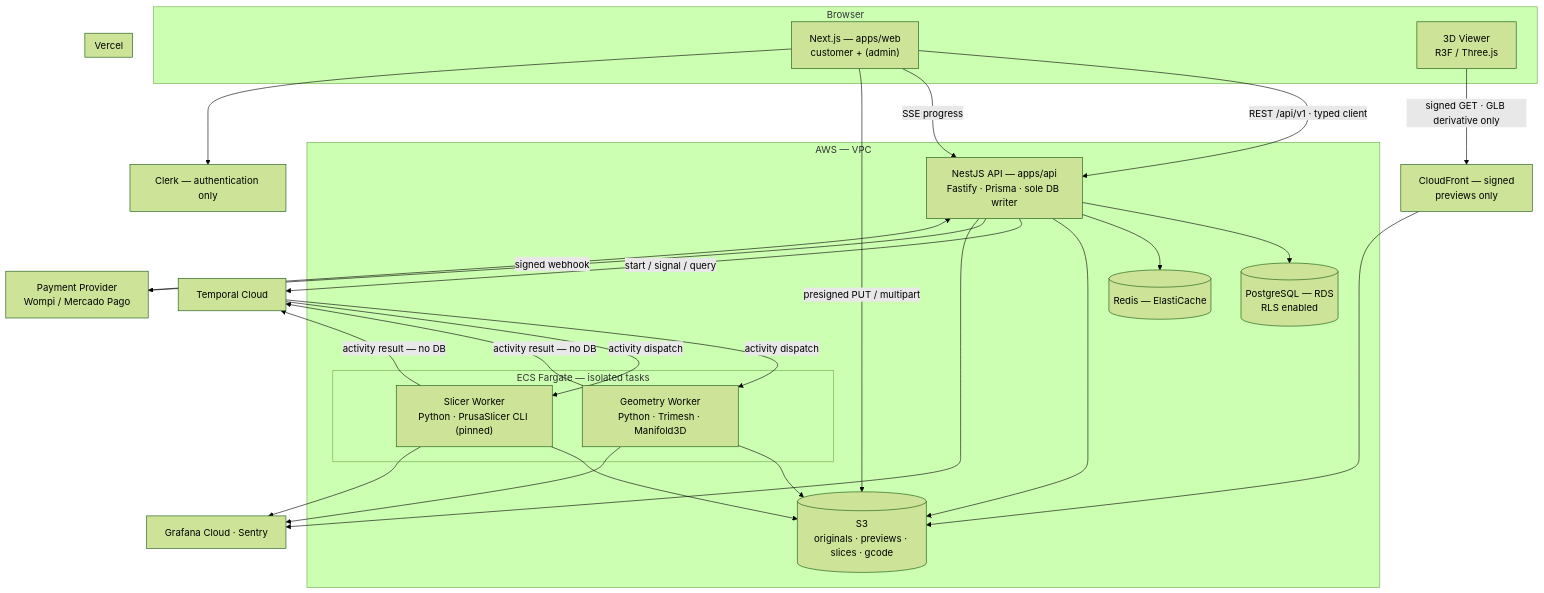
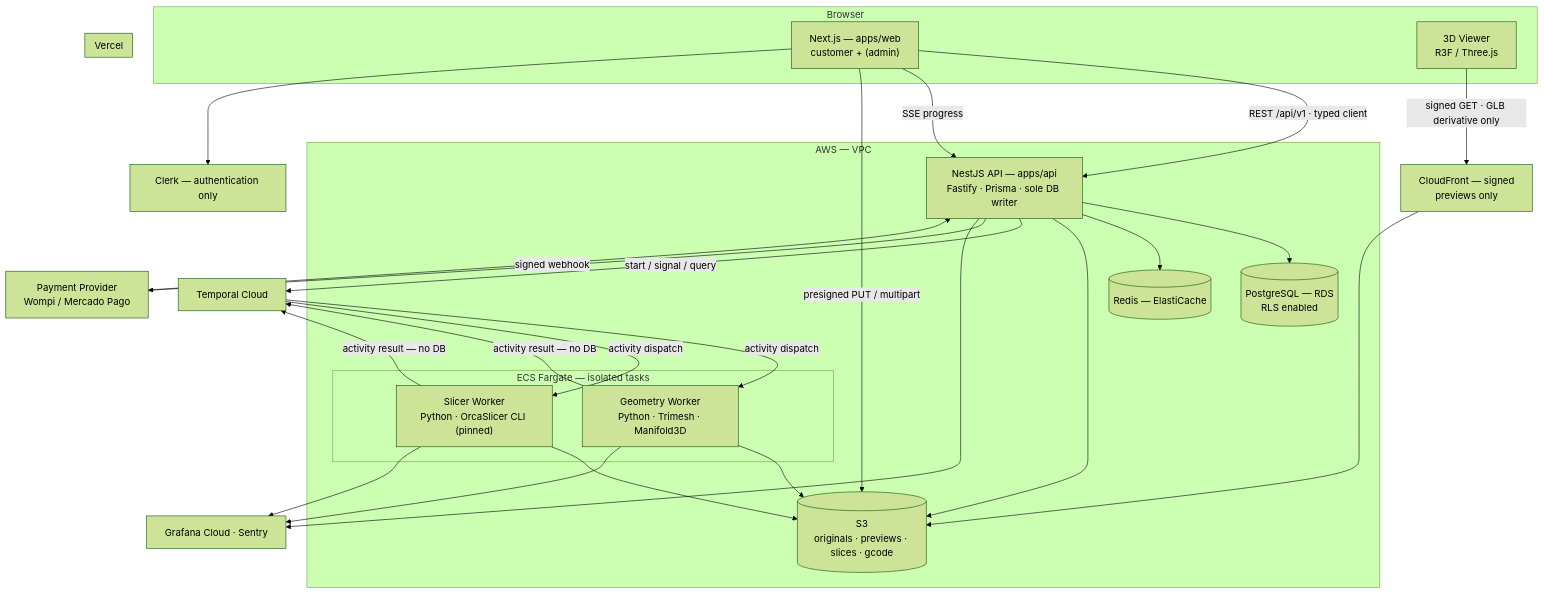
Before and after one commit to invaliderrors/metrika: the first of 7 diagrams in docs/ARCHITECTURE.md, drawn with Mermaid (forest theme). The commit also changed other lines of this file and 10 other files, not shown here.

Commit message:
docs: adopt OrcaSlicer, superseding ADR-0008 (#6)

````diff
--- a/docs/ARCHITECTURE.md
+++ b/docs/ARCHITECTURE.md
@@ -136,53 +136,53 @@
 ```mermaid
 graph TB
     subgraph Browser
         WEB["Next.js — apps/web<br/>customer + (admin)"]
         VIEW["3D Viewer<br/>R3F / Three.js"]
     end
 
     subgraph Vercel
         WEB
     end
 
     subgraph AWS["AWS — VPC"]
         API["NestJS API — apps/api<br/>Fastify · Prisma · sole DB writer"]
         subgraph Workers["ECS Fargate — isolated tasks"]
             GEO["Geometry Worker<br/>Python · Trimesh · Manifold3D"]
-            SLC["Slicer Worker<br/>Python · PrusaSlicer CLI (pinned)"]
+            SLC["Slicer Worker<br/>Python · OrcaSlicer CLI (pinned)"]
         end
         PG[("PostgreSQL — RDS<br/>RLS enabled")]
         RDS[("Redis — ElastiCache")]
         S3[("S3<br/>originals · previews · slices · gcode")]
     end
 
     TC["Temporal Cloud"]
     CLERK["Clerk — authentication only"]
     PAY["Payment Provider<br/>Wompi / Mercado Pago"]
     OTEL["Grafana Cloud · Sentry"]
     CDN["CloudFront — signed<br/>previews only"]
 
     WEB -->|"REST /api/v1 · typed client"| API
     WEB -->|"SSE progress"| API
     VIEW -->|"signed GET · GLB derivative only"| CDN
     CDN --> S3
     WEB -->|"presigned PUT / multipart"| S3
     WEB --> CLERK
 
     API --> PG
     API --> RDS
     API --> S3
     API -->|"start / signal / query"| TC
     API --> PAY
     PAY -->|"signed webhook"| API
 
     TC -->|"activity dispatch"| GEO
     TC -->|"activity dispatch"| SLC
     GEO --> S3
     SLC --> S3
     GEO -->|"activity result — no DB"| TC
     SLC -->|"activity result — no DB"| TC
 
     API --> OTEL
     GEO --> OTEL
     SLC --> OTEL
 ```
````
